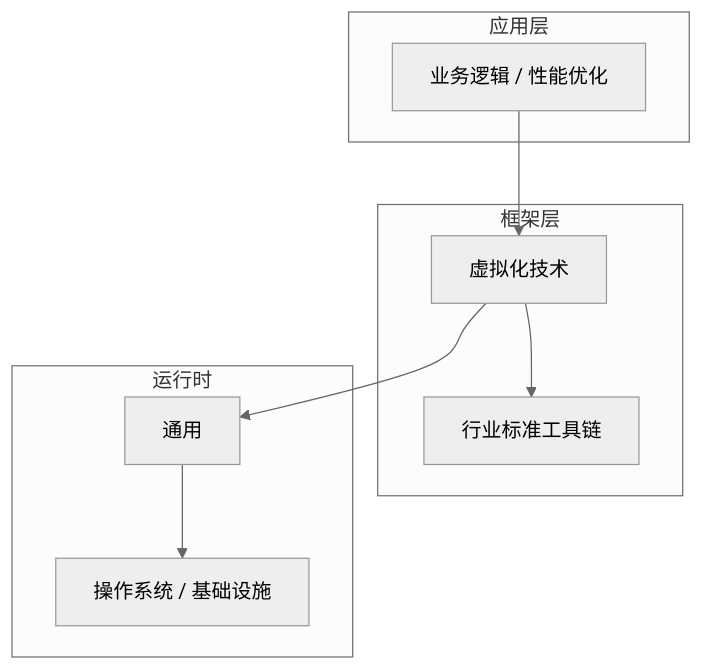
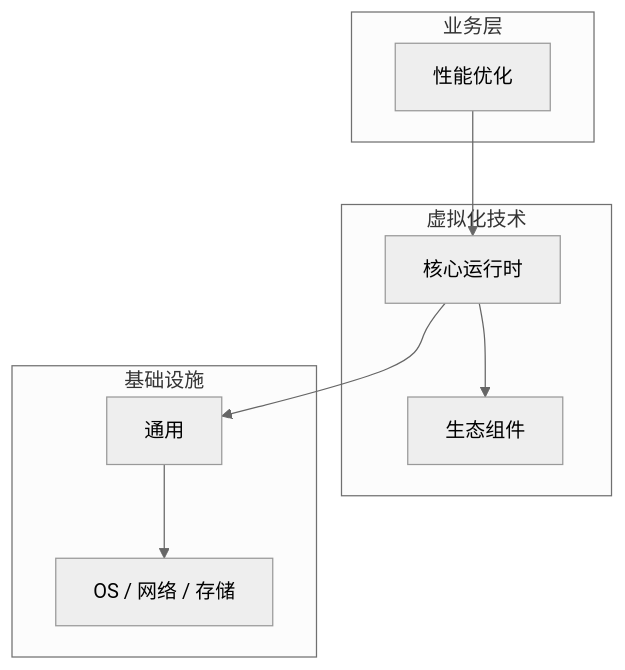
Before and after one commit to yanggan2015/knowledge-json-v2: the diagram in articles/虚拟化技术/chapters/065-性能优化核心概念与原理.md, drawn with Mermaid (neutral theme). The commit also changed other lines of this file and 10127 other files, not shown here.

````diff
--- a/articles/虚拟化技术/chapters/065-性能优化核心概念与原理.md
+++ b/articles/虚拟化技术/chapters/065-性能优化核心概念与原理.md
@@ -45,18 +34,18 @@
 ```mermaid
 graph TB
-    subgraph 应用层
-        A[业务逻辑 / 性能优化]
+    subgraph 业务层
+        A[性能优化]
     end
-    subgraph 框架层
-        B[虚拟化技术]
-        C[行业标准工具链]
+    subgraph 虚拟化技术
+        B[核心运行时]
+        C[生态组件]
     end
-    subgraph 运行时
+    subgraph 基础设施
         D[通用]
-        E[操作系统 / 基础设施]
+        E[OS / 网络 / 存储]
     end
     A --> B
     B --> C
     B --> D
     D --> E
 ```
````
